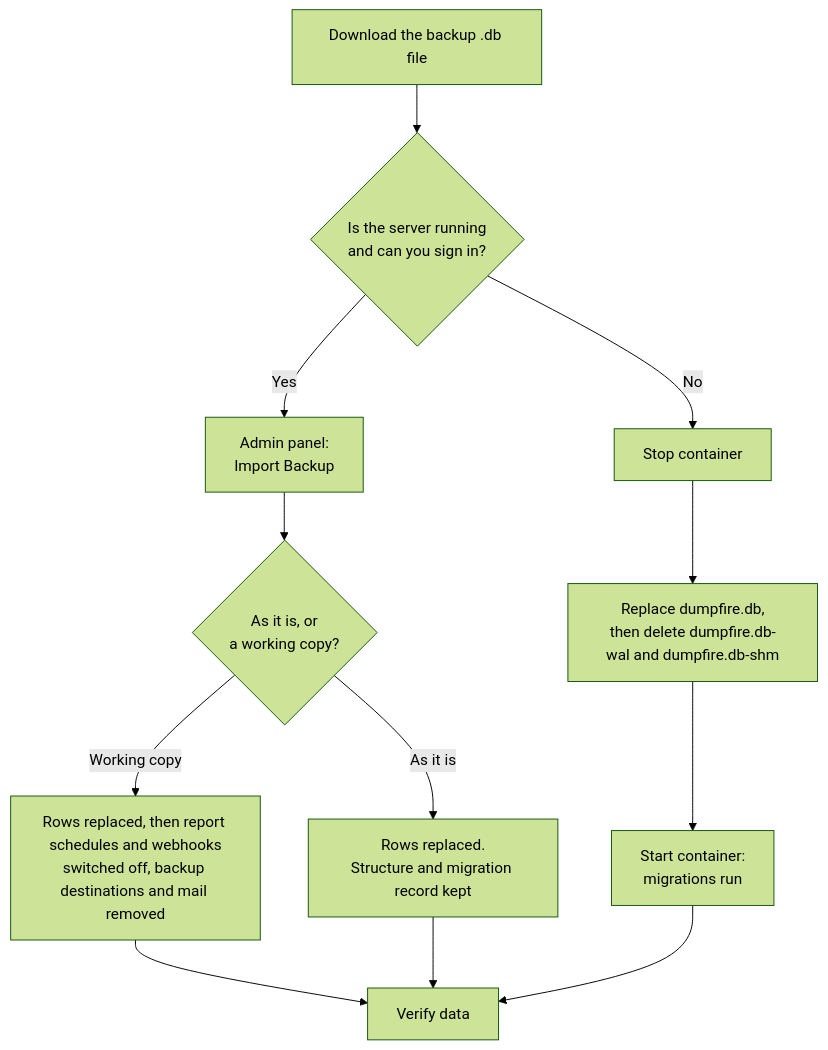
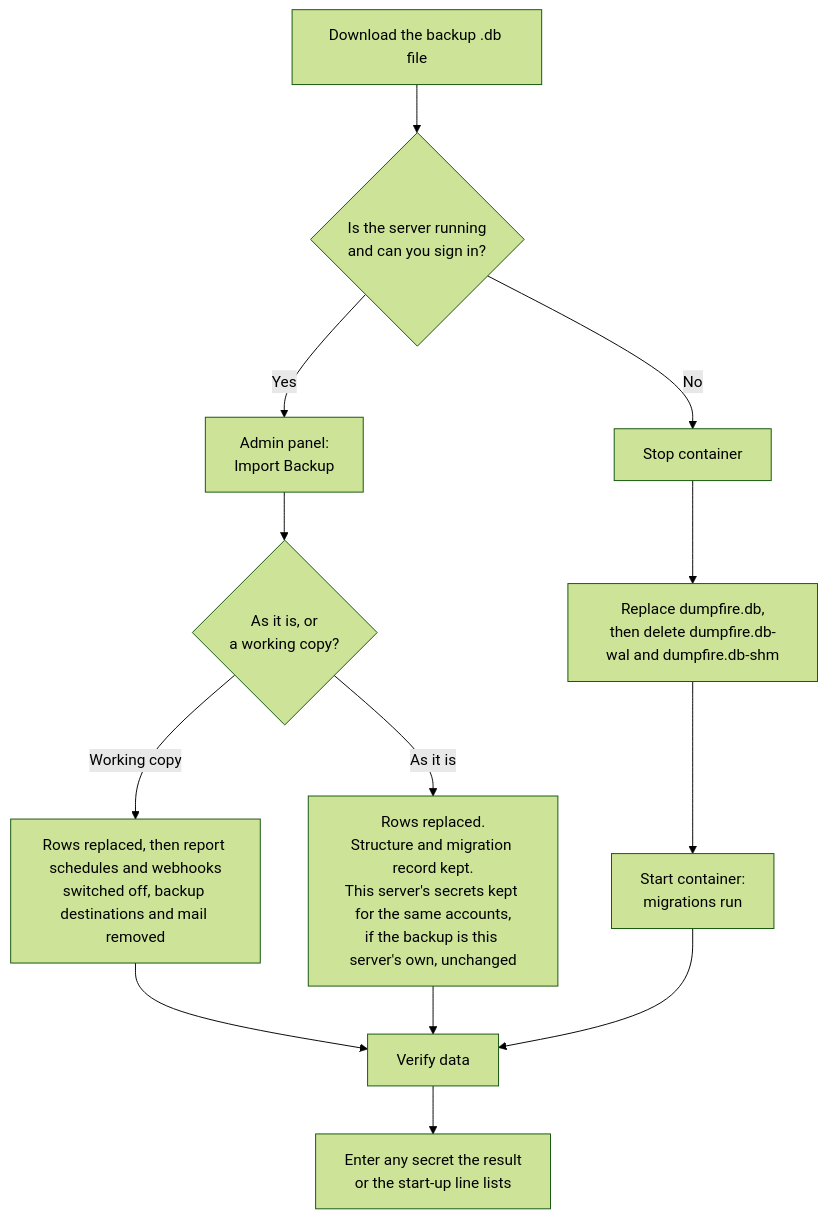
The fifth of 7 diagrams in docs/admin-guide.md (gitBoon/DumpFire), drawn with Mermaid (forest theme) before and after one commit. The commit also changed other lines of this file and 44 other files, not shown here.

````diff
--- a/docs/admin-guide.md
+++ b/docs/admin-guide.md
@@ -312,14 +324,15 @@
 ```mermaid
 flowchart TD
     Download["Download the backup .db file"] --> How{"Is the server running\nand can you sign in?"}
     How -->|"Yes"| Import["Admin panel:\nImport Backup"]
     Import --> Choice{"As it is, or\na working copy?"}
-    Choice -->|"As it is"| Rows["Rows replaced.\nStructure and migration record kept"]
+    Choice -->|"As it is"| Rows["Rows replaced.\nStructure and migration record kept.\nThis server's secrets kept for the same accounts,\nif the backup is this server's own, unchanged"]
     Choice -->|"Working copy"| Quiet["Rows replaced, then report schedules and webhooks\nswitched off, backup destinations and mail removed"]
     Quiet --> Verify
     How -->|"No"| Stop["Stop container"]
     Stop --> Replace["Replace dumpfire.db,\nthen delete dumpfire.db-wal and dumpfire.db-shm"]
     Replace --> Start["Start container:\nmigrations run"]
     Rows --> Verify["Verify data"]
     Start --> Verify
+    Verify --> Enter["Enter any secret the result\nor the start-up line lists"]
 ```
````
